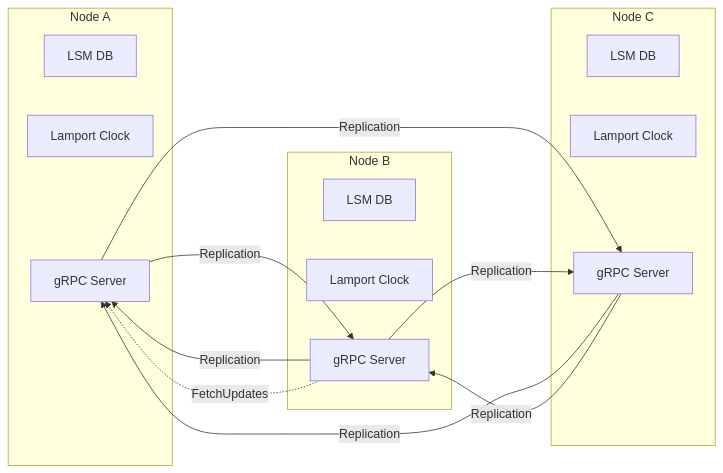
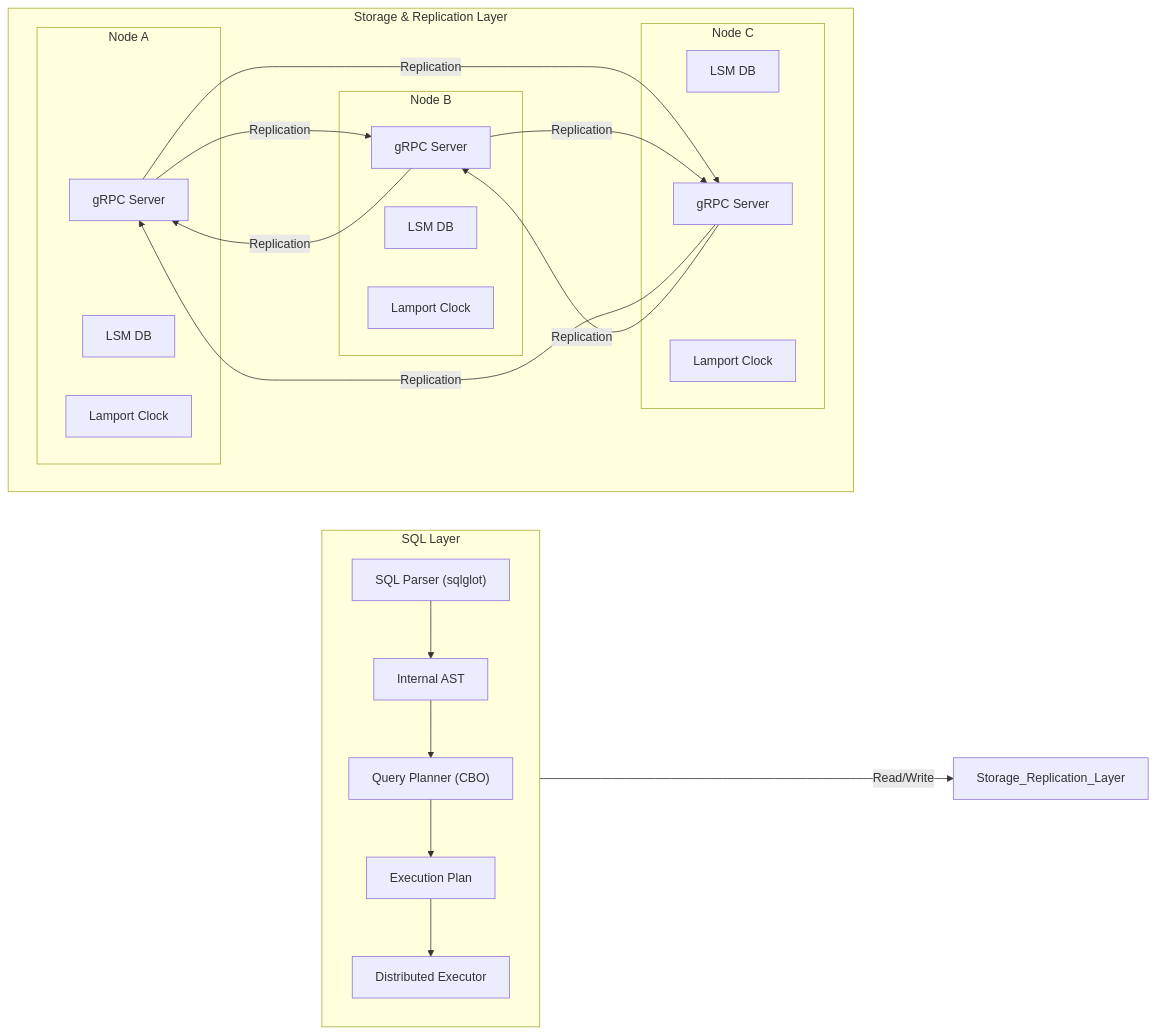
Before and after one commit to diegomrodrigues2/relational_distributed_database: the first of 2 diagrams in README.md, drawn with Mermaid. The commit also changed other lines of this file, not shown here.

````diff
--- a/README.md
+++ b/README.md
@@ -7,25 +17,37 @@
 ```mermaid
 flowchart LR
-    subgraph Node_A["Node A"]
-        ADB["LSM DB"]
-        AClock["Lamport Clock"]
-        AServer["gRPC Server"]
+    subgraph "SQL Layer"
+        direction TB
+        Parser["SQL Parser (sqlglot)"] --> AST["Internal AST"]
+        AST --> Planner["Query Planner (CBO)"]
+        Planner --> Plan["Execution Plan"]
+        Plan --> Executor["Distributed Executor"]
     end
-    subgraph Node_B["Node B"]
-        BDB["LSM DB"]
-        BClock["Lamport Clock"]
-        BServer["gRPC Server"]
+    
+    subgraph "Storage & Replication Layer"
+        direction LR
+        subgraph Node_A["Node A"]
+            ADB["LSM DB"]
+            AClock["Lamport Clock"]
+            AServer["gRPC Server"]
+        end
+        subgraph Node_B["Node B"]
+            BDB["LSM DB"]
+            BClock["Lamport Clock"]
+            BServer["gRPC Server"]
+        end
+        subgraph Node_C["Node C"]
+            CDB["LSM DB"]
+            CClock["Lamport Clock"]
+            CServer["gRPC Server"]
+        end
+        AServer -- Replication --> BServer
+        AServer -- Replication --> CServer
+        BServer -- Replication --> AServer
+        BServer -- Replication --> CServer
+        CServer -- Replication --> AServer
+        CServer -- Replication --> BServer
     end
-    subgraph Node_C["Node C"]
-        CDB["LSM DB"]
-        CClock["Lamport Clock"]
-        CServer["gRPC Server"]
-    end
-    AServer -- Replication --> BServer
-    AServer -- Replication --> CServer
-    BServer -- Replication --> AServer
-    BServer -- Replication --> CServer
-    CServer -- Replication --> AServer
-    CServer -- Replication --> BServer
-    BServer -. FetchUpdates .-> AServer
+
+    Executor -- Read/Write --> Storage_Replication_Layer
 ```
````
